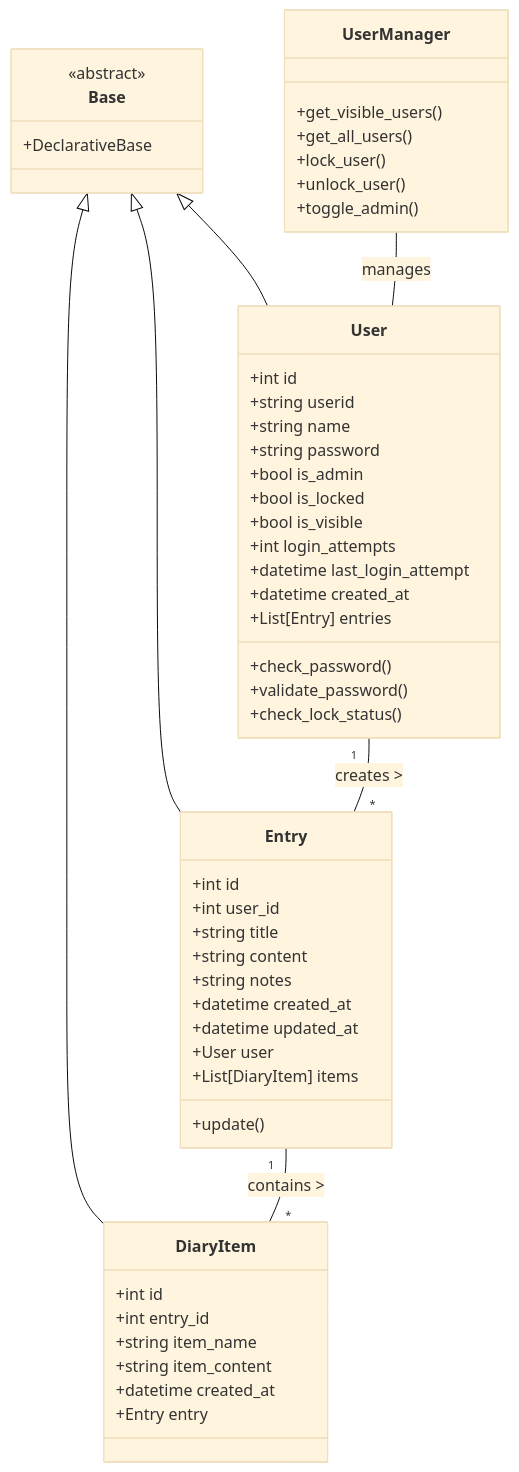
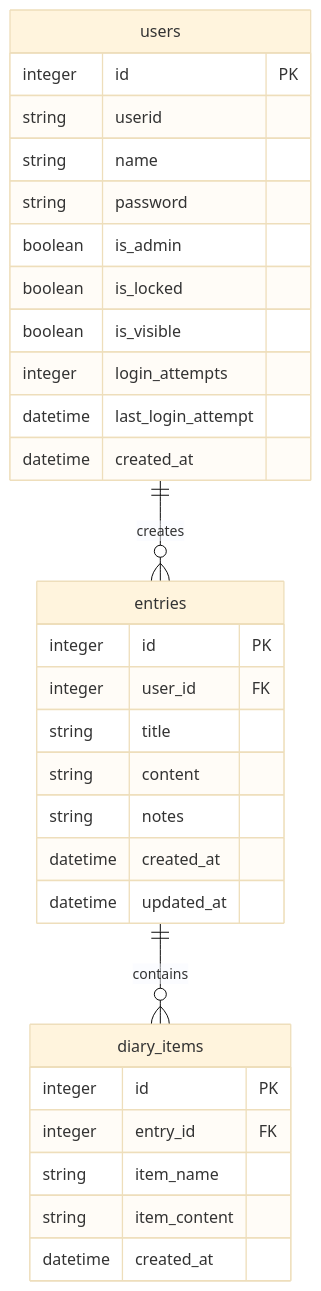
One commit to sougetuOte/LifeLog changed the first of 2 diagrams in docs/diagrams_ja.md. Above: the diagram before and after it, drawn with Mermaid (base theme). The commit also changed other lines of this file and 17 other files, not shown here.

````diff
--- a/docs/diagrams_ja.md
+++ b/docs/diagrams_ja.md
@@ -42,61 +4,36 @@
 ```mermaid
-classDiagram
-    class Base {
-        <<abstract>>
-        +DeclarativeBase
+erDiagram
+    users ||--o{ entries : creates
+    entries ||--o{ diary_items : contains
+    
+    users {
+        integer id PK
+        string userid
+        string name
+        string password
+        boolean is_admin
+        boolean is_locked
+        boolean is_visible
+        integer login_attempts
+        datetime last_login_attempt
+        datetime created_at
     }
-
-    class User {
-        +int id
-        +string userid
-        +string name
-        +string password
-        +bool is_admin
-        +bool is_locked
-        +bool is_visible
-        +int login_attempts
-        +datetime last_login_attempt
-        +datetime created_at
-        +List[Entry] entries
-        +check_password()
-        +validate_password()
-        +check_lock_status()
+    
+    entries {
+        integer id PK
+        integer user_id FK
+        string title
+        string content
+        string notes
+        datetime created_at
+        datetime updated_at
     }
-
-    class Entry {
-        +int id
-        +int user_id
-        +string title
-        +string content
-        +string notes
-        +datetime created_at
-        +datetime updated_at
-        +User user
-        +List[DiaryItem] items
-        +update()
+    
+    diary_items {
+        integer id PK
+        integer entry_id FK
+        string item_name
+        string item_content
+        datetime created_at
     }
-
-    class DiaryItem {
-        +int id
-        +int entry_id
-        +string item_name
-        +string item_content
-        +datetime created_at
-        +Entry entry
-    }
-
-    class UserManager {
-        +get_visible_users()
-        +get_all_users()
-        +lock_user()
-        +unlock_user()
-        +toggle_admin()
-    }
-
-    Base <|-- User
-    Base <|-- Entry
-    Base <|-- DiaryItem
-    User "1" -- "*" Entry : creates >
-    Entry "1" -- "*" DiaryItem : contains >
-    UserManager -- User : manages
 ```
````
